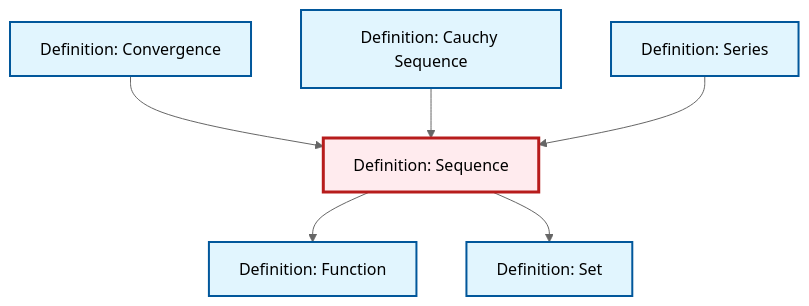
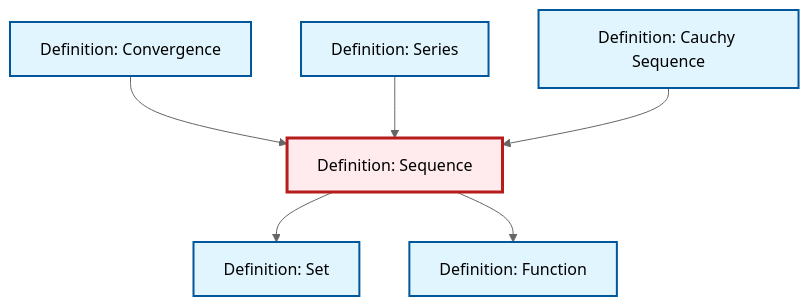
One commit to RK0429/ModernMath changed the diagram in content/en/analysis/def-sequence.qmd. Above: the diagram before and after it, drawn with Mermaid (neutral theme). The commit also changed other lines of this file and 619 other files, not shown here.

````diff
--- a/content/en/analysis/def-sequence.qmd
+++ b/content/en/analysis/def-sequence.qmd
@@ -76,26 +76,26 @@
 ```{mermaid}
 %%| fig-cap: "Local dependency graph"
 graph TD
     classDef definition fill:#e1f5fe,stroke:#01579b,stroke-width:2px
     classDef theorem fill:#f3e5f5,stroke:#4a148c,stroke-width:2px
     classDef axiom fill:#fff3e0,stroke:#e65100,stroke-width:2px
     classDef example fill:#e8f5e9,stroke:#1b5e20,stroke-width:2px
     classDef current fill:#ffebee,stroke:#b71c1c,stroke-width:3px
+    def-set["Definition: Set"]:::definition
+    def-convergence["Definition: Convergence"]:::definition
+    def-cauchy-sequence["Definition: Cauchy Sequence"]:::definition
+    def-sequence["Definition: Sequence"]:::definition
     def-series["Definition: Series"]:::definition
     def-function["Definition: Function"]:::definition
-    def-set["Definition: Set"]:::definition
-    def-cauchy-sequence["Definition: Cauchy Sequence"]:::definition
-    def-convergence["Definition: Convergence"]:::definition
-    def-sequence["Definition: Sequence"]:::definition
+    def-sequence --> def-set
     def-convergence --> def-sequence
     def-sequence --> def-function
-    def-sequence --> def-set
+    def-series --> def-sequence
     def-cauchy-sequence --> def-sequence
-    def-series --> def-sequence
     class def-sequence current
+    click def-set "def-set.html" "Go to Set definition"
+    click def-convergence "def-convergence.html" "Go to Convergence definition"
+    click def-cauchy-sequence "def-cauchy-sequence.html" "Go to Cauchy Sequence definition"
     click def-series "def-series.html" "Go to Series definition"
     click def-function "def-function.html" "Go to Function definition"
-    click def-set "def-set.html" "Go to Set definition"
-    click def-cauchy-sequence "def-cauchy-sequence.html" "Go to Cauchy Sequence definition"
-    click def-convergence "def-convergence.html" "Go to Convergence definition"
 ```
````
